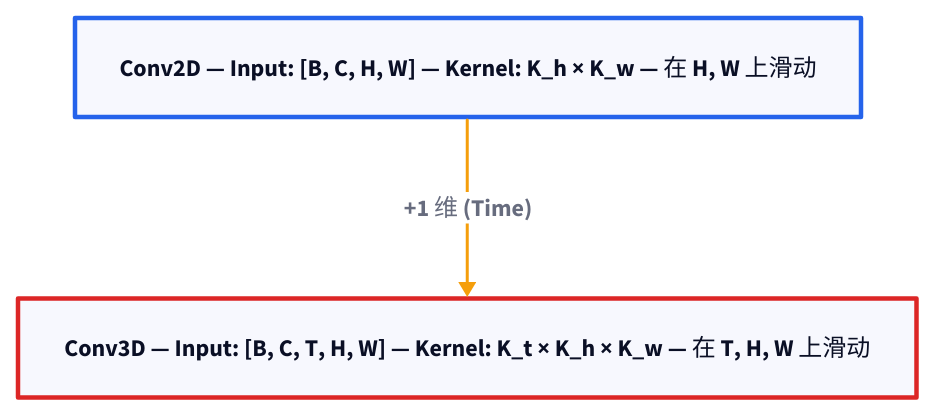
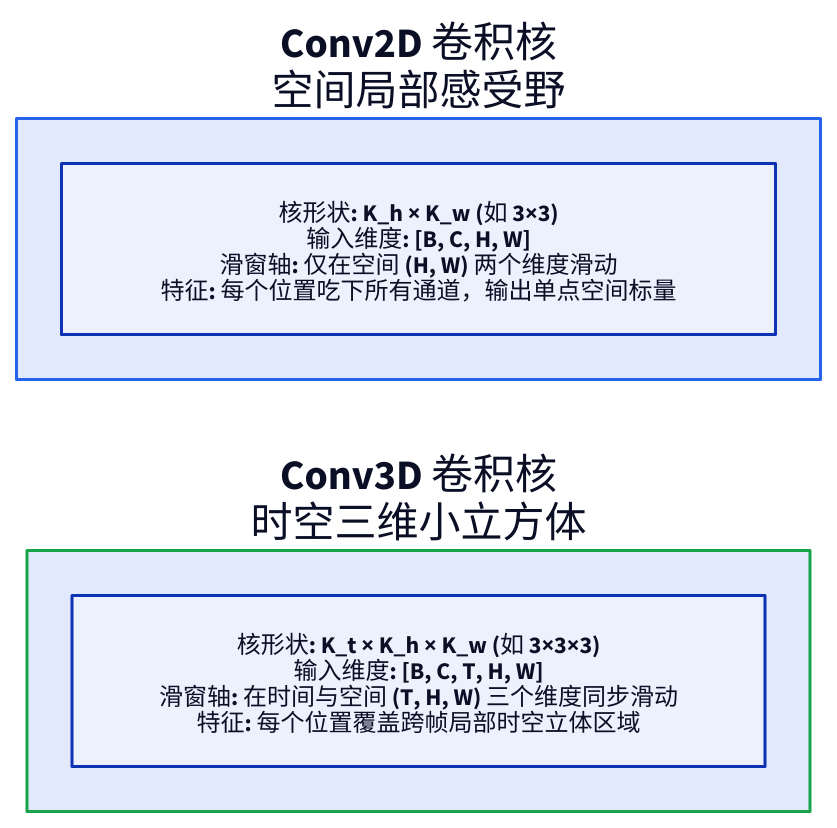
Before and after one commit to 111qqz/111qqz.github.io: the diagram in images/video-does-not-need-video-model/conv2d-vs-conv3d-kernel.d2, drawn with D2. The commit also changed 88 other files, not shown here.

Commit message:
fix: 重构视频模型文章时序卷积配图并沉淀去AI味写作规范 111qqz/hugo-blog@7e23add2dcdf2248195b39531fcc9392aa524177

```diff
--- a/images/video-does-not-need-video-model/conv2d-vs-conv3d-kernel.d2
+++ b/images/video-does-not-need-video-model/conv2d-vs-conv3d-kernel.d2
@@ -1,19 +1,17 @@
-direction: down
+direction: right
 
-conv2d: "Conv2D — Input: [B, C, H, W] — Kernel: K_h × K_w — 在 H, W 上滑动" {
+k2d: "Conv2D 卷积核\n空间局部感受野" {
+  style.stroke: "#2563eb"
+  style.stroke-width: 2
   style.bold: true
-  style.stroke: "#2563eb"
-  style.stroke-width: 3
+
+  spec: "核形状: K_h × K_w (如 3×3)\n输入维度: [B, C, H, W]\n滑窗轴: 仅在空间 (H, W) 两个维度滑动\n特征: 每个位置吃下所有通道，输出单点空间标量"
 }
 
-conv3d: "Conv3D — Input: [B, C, T, H, W] — Kernel: K_t × K_h × K_w — 在 T, H, W 上滑动" {
+k3d: "Conv3D 卷积核\n时空三维小立方体" {
+  style.stroke: "#16a34a"
+  style.stroke-width: 2
   style.bold: true
-  style.stroke: "#dc2626"
-  style.stroke-width: 3
+
+  spec: "核形状: K_t × K_h × K_w (如 3×3×3)\n输入维度: [B, C, T, H, W]\n滑窗轴: 在时间与空间 (T, H, W) 三个维度同步滑动\n特征: 每个位置覆盖跨帧局部时空立体区域"
 }
-
-conv2d -> conv3d: "+1 维 (Time)" {
-  style.stroke: "#f59e0b"
-  style.bold: true
-  style.stroke-width: 2
-}
```
